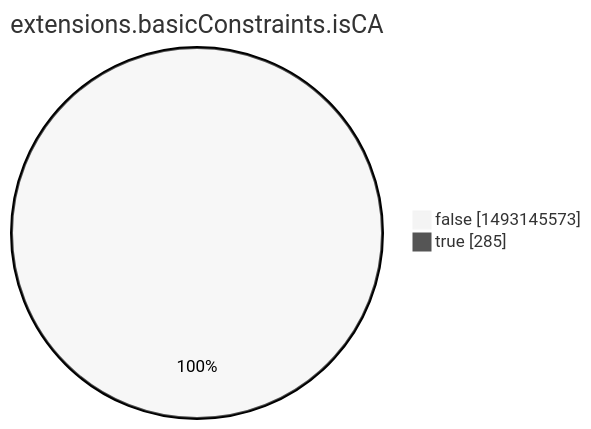
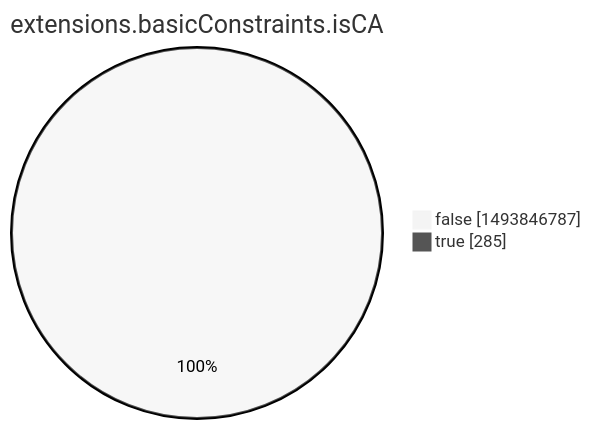
Before and after one commit to christiankrug/ctmonitor_visualization: the eighth of 15 diagrams in xenon2022/README.md, drawn with Mermaid (neutral theme). The commit also changed other lines of this file, not shown here.

````diff
--- a/xenon2022/README.md
+++ b/xenon2022/README.md
@@ -2852,6 +2852,6 @@
 ```mermaid
 pie showData
 title extensions.basicConstraints.isCA
-"false" :1493145573
+"false" :1493846787
 "true" :285
 ```
````
